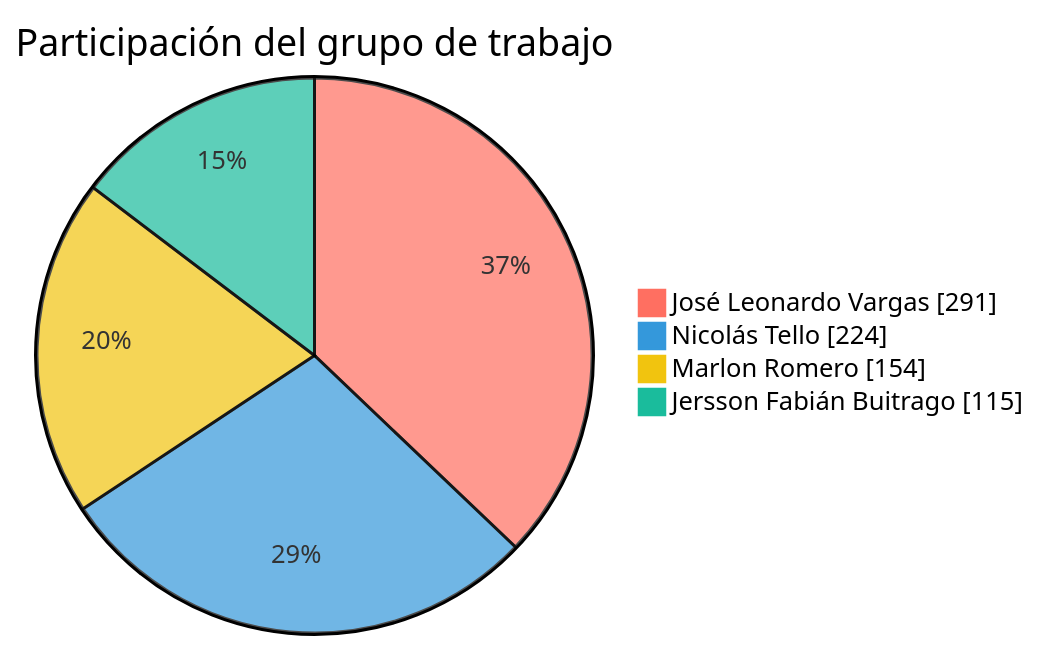
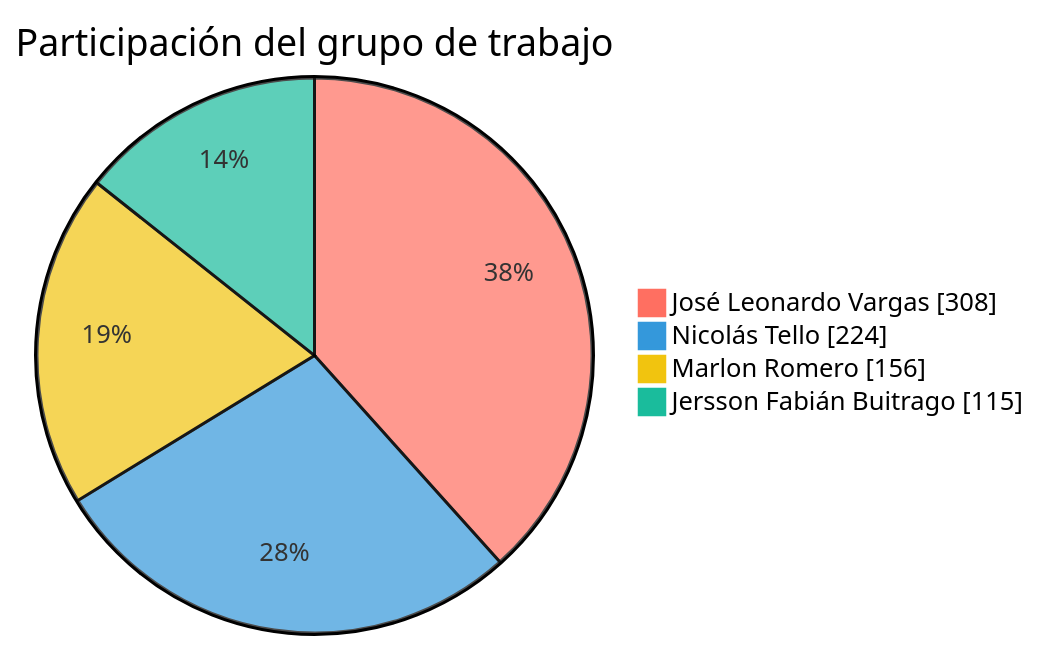
The first of 2 diagrams in README.md (FarmaExpres/FarmaExpres), drawn with Mermaid before and after one commit. The commit also changed other lines of this file and 1 other file, not shown here.

````diff
--- a/README.md
+++ b/README.md
@@ -391,9 +391,9 @@
 ```mermaid
 %%{init: {"themeVariables": {"pie1": "#ff6f61", "pie2": "#3498db", "pie3": "#f1c40f", "pie4": "#1abc9c", "pieLabelColor": "#000000", "pieLabelFontSize": "24px", "pieLabelFontWeight": "700"}}}%%
 pie showData
     title Participación del grupo de trabajo
-    "José Leonardo Vargas" : 291
+    "José Leonardo Vargas" : 308
     "Nicolás Tello" : 224
-    "Marlon Romero" : 154
+    "Marlon Romero" : 156
     "Jersson Fabián Buitrago" : 115
 ```
````
